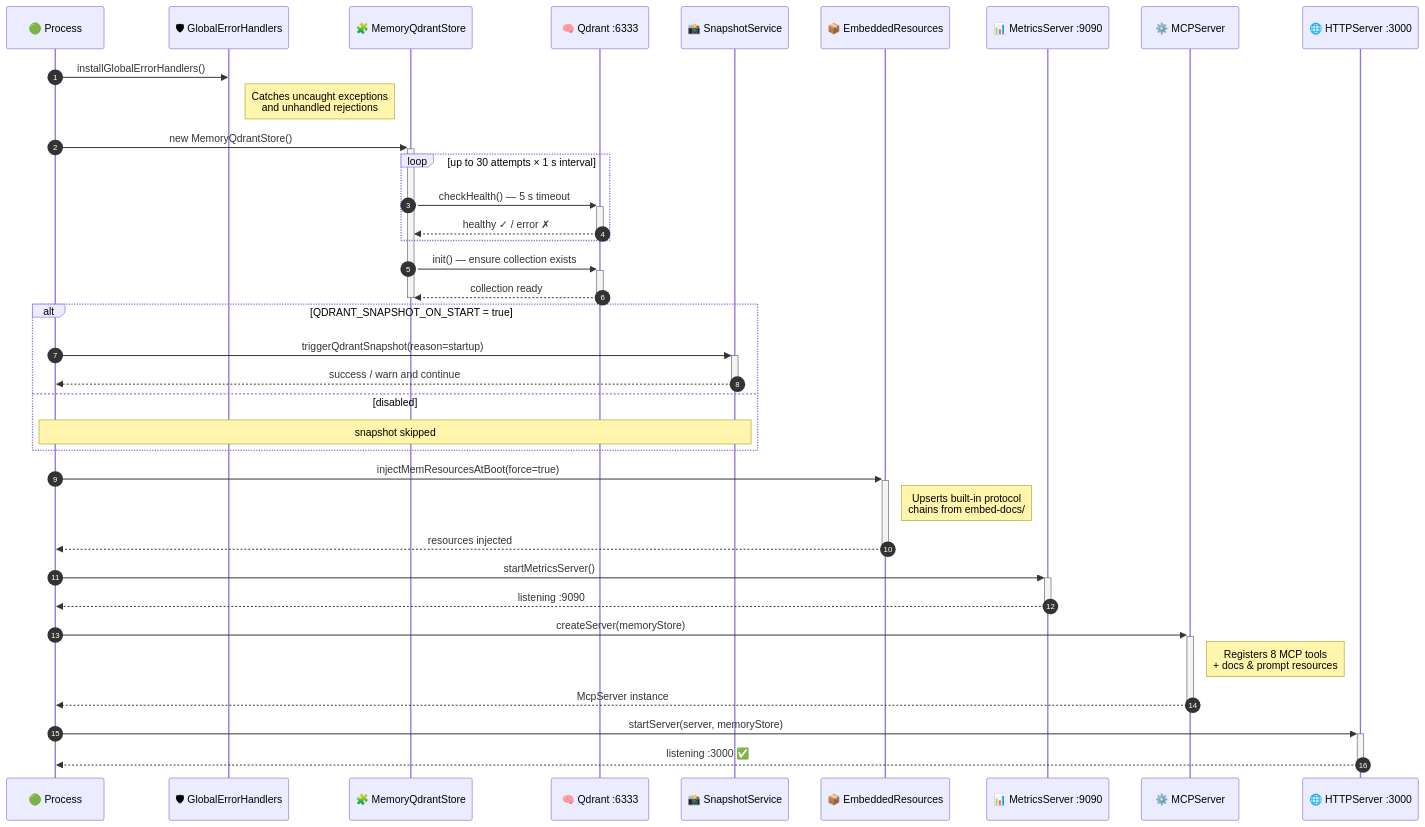
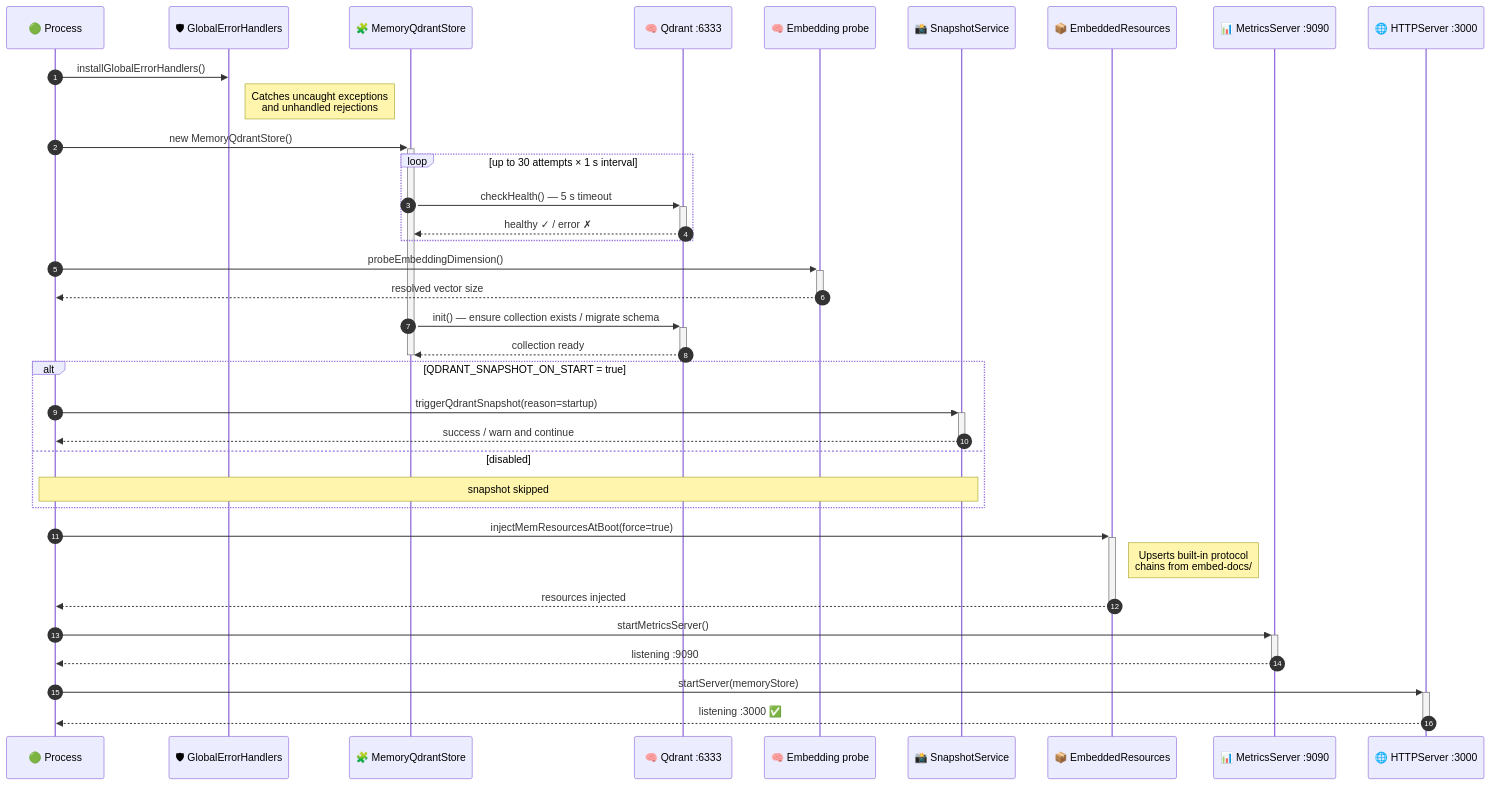
One commit to debian777/kairos-mcp changed the second of 5 diagrams in docs/architecture/infrastructure.md. Above: the diagram before and after it, drawn with Mermaid. The commit also changed other lines of this file and 32 other files, not shown here.

````diff
--- a/docs/architecture/infrastructure.md
+++ b/docs/architecture/infrastructure.md
@@ -115,48 +117,47 @@
 ```mermaid
 sequenceDiagram
     autonumber
     participant PROC  as 🟢 Process
     participant GEH   as 🛡 GlobalErrorHandlers
     participant MEM   as 🧩 MemoryQdrantStore
     participant QD    as 🧠 Qdrant :6333
+    participant EMB   as 🧠 Embedding probe
     participant SNAP  as 📸 SnapshotService
     participant RES   as 📦 EmbeddedResources
     participant MT    as 📊 MetricsServer :9090
-    participant SRV   as ⚙️ MCPServer
     participant HTTP  as 🌐 HTTPServer :3000
 
     PROC->>GEH: installGlobalErrorHandlers()
     Note right of GEH: Catches uncaught exceptions<br/>and unhandled rejections
 
     PROC->>+MEM: new MemoryQdrantStore()
 
     loop up to 30 attempts × 1 s interval
         MEM->>+QD: checkHealth() — 5 s timeout
         QD-->>-MEM: healthy ✓ / error ✗
     end
 
-    MEM->>+QD: init() — ensure collection exists
+    PROC->>+EMB: probeEmbeddingDimension()
+    EMB-->>-PROC: resolved vector size
+
+    MEM->>+QD: init() — ensure collection exists / migrate schema
     QD-->>-MEM: collection ready
     deactivate MEM
 
     alt QDRANT_SNAPSHOT_ON_START = true
         PROC->>+SNAP: triggerQdrantSnapshot(reason=startup)
         SNAP-->>-PROC: success / warn and continue
     else disabled
         Note over PROC,SNAP: snapshot skipped
     end
 
     PROC->>+RES: injectMemResourcesAtBoot(force=true)
     Note right of RES: Upserts built-in protocol<br/>chains from embed-docs/
     RES-->>-PROC: resources injected
 
     PROC->>+MT: startMetricsServer()
     MT-->>-PROC: listening :9090
 
-    PROC->>+SRV: createServer(memoryStore)
-    Note right of SRV: Registers 8 MCP tools<br/>+ docs & prompt resources
-    SRV-->>-PROC: McpServer instance
-
-    PROC->>+HTTP: startServer(server, memoryStore)
+    PROC->>+HTTP: startServer(memoryStore)
     HTTP-->>-PROC: listening :3000 ✅
 ```
````
